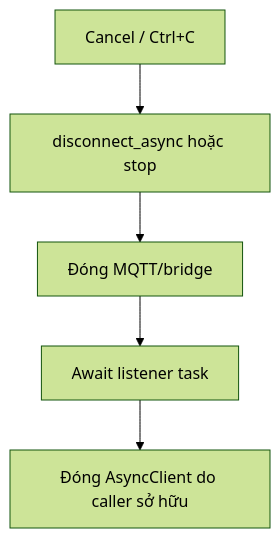
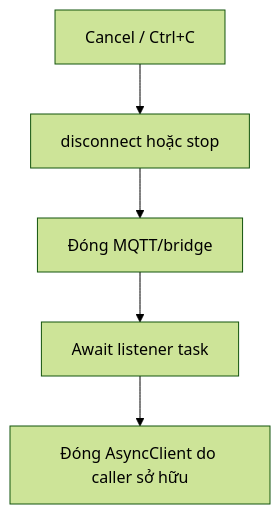
The fourth of 4 diagrams in FLOWCHART.md (m008v/fbchat-v2), drawn with Mermaid (forest theme) before and after one commit. The commit also changed other lines of this file and 49 other files, not shown here.

````diff
--- a/FLOWCHART.md
+++ b/FLOWCHART.md
@@ -57,7 +57,7 @@
 ```mermaid
 flowchart TD
-    A[Cancel / Ctrl+C] --> B[disconnect_async hoặc stop]
+    A[Cancel / Ctrl+C] --> B[disconnect hoặc stop]
     B --> C[Đóng MQTT/bridge]
     C --> D[Await listener task]
     D --> E[Đóng AsyncClient do caller sở hữu]
 ```
````
